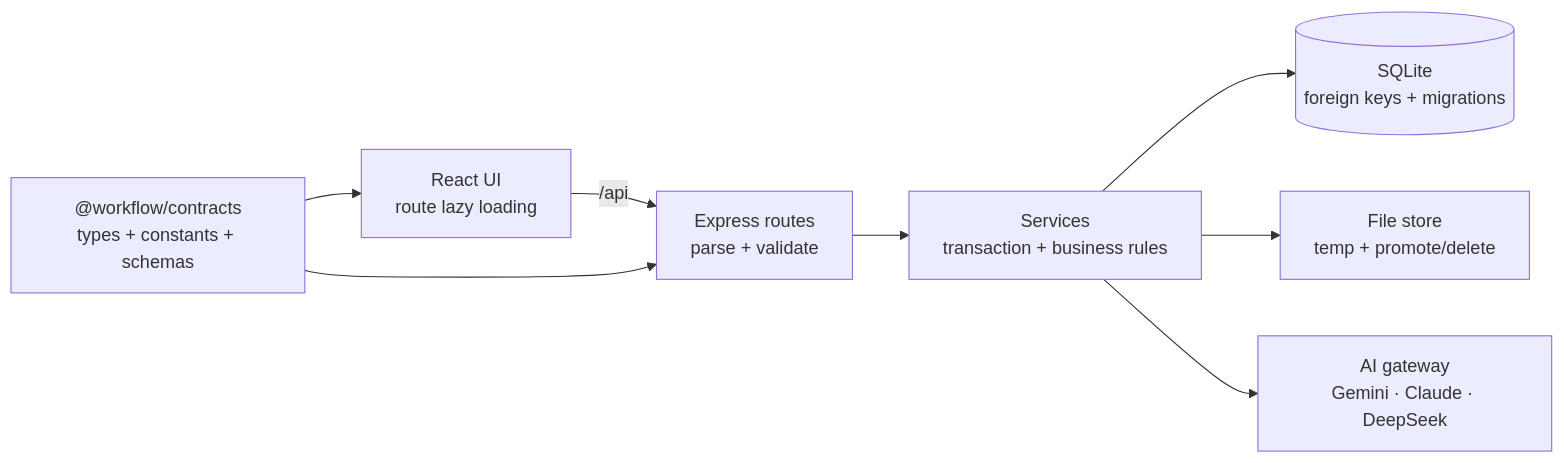
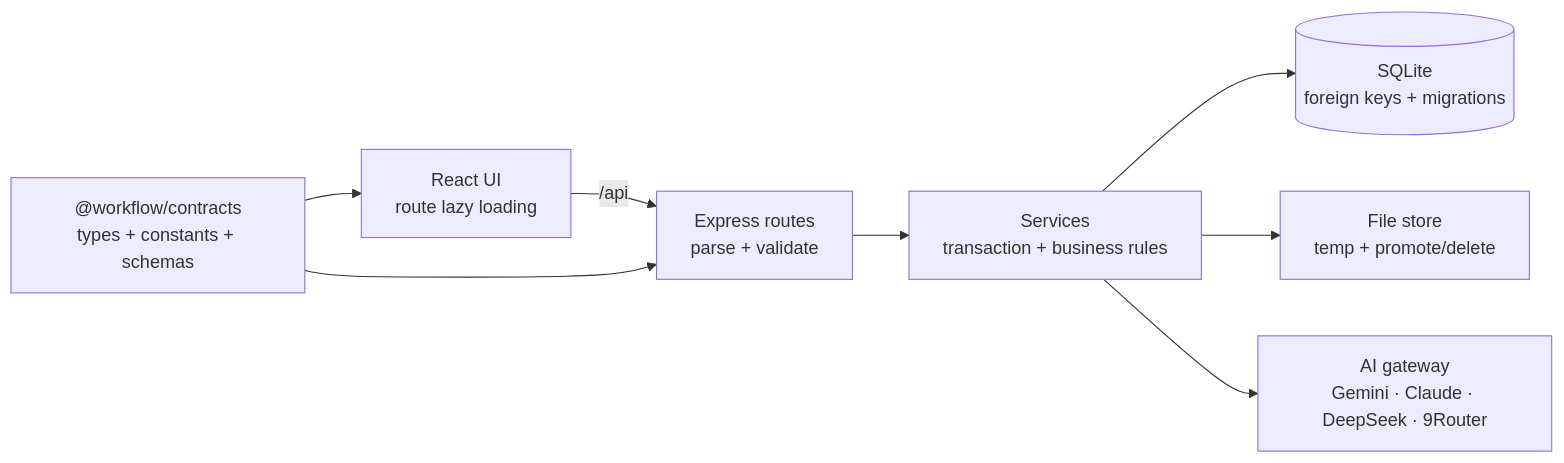
Before and after one commit to nbzezo/crm_project: the diagram in docs/ARCHITECTURE.md, drawn with Mermaid. The commit also changed 15 other files, not shown here.

````diff
--- a/docs/ARCHITECTURE.md
+++ b/docs/ARCHITECTURE.md
@@ -8,10 +8,10 @@
 ```mermaid
 flowchart LR
   UI["React UI\nroute lazy loading"] -->|"/api"| HTTP["Express routes\nparse + validate"]
   HTTP --> SVC["Services\ntransaction + business rules"]
   SVC --> DB[("SQLite\nforeign keys + migrations")]
   SVC --> FS["File store\ntemp + promote/delete"]
-  SVC --> AI["AI gateway\nGemini · Claude · DeepSeek"]
+  SVC --> AI["AI gateway\nGemini · Claude · DeepSeek · 9Router"]
   CT["@workflow/contracts\ntypes + constants + schemas"] --> UI
   CT --> HTTP
 ```
````
